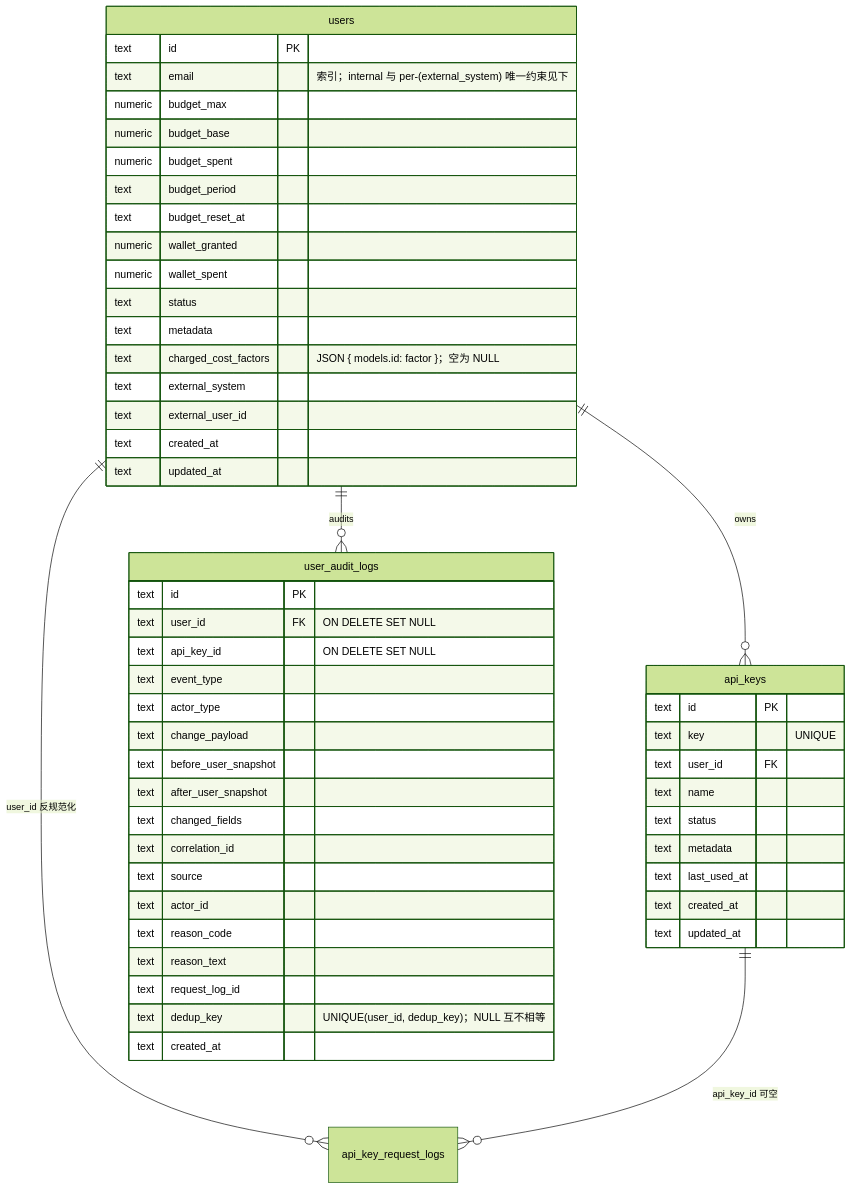
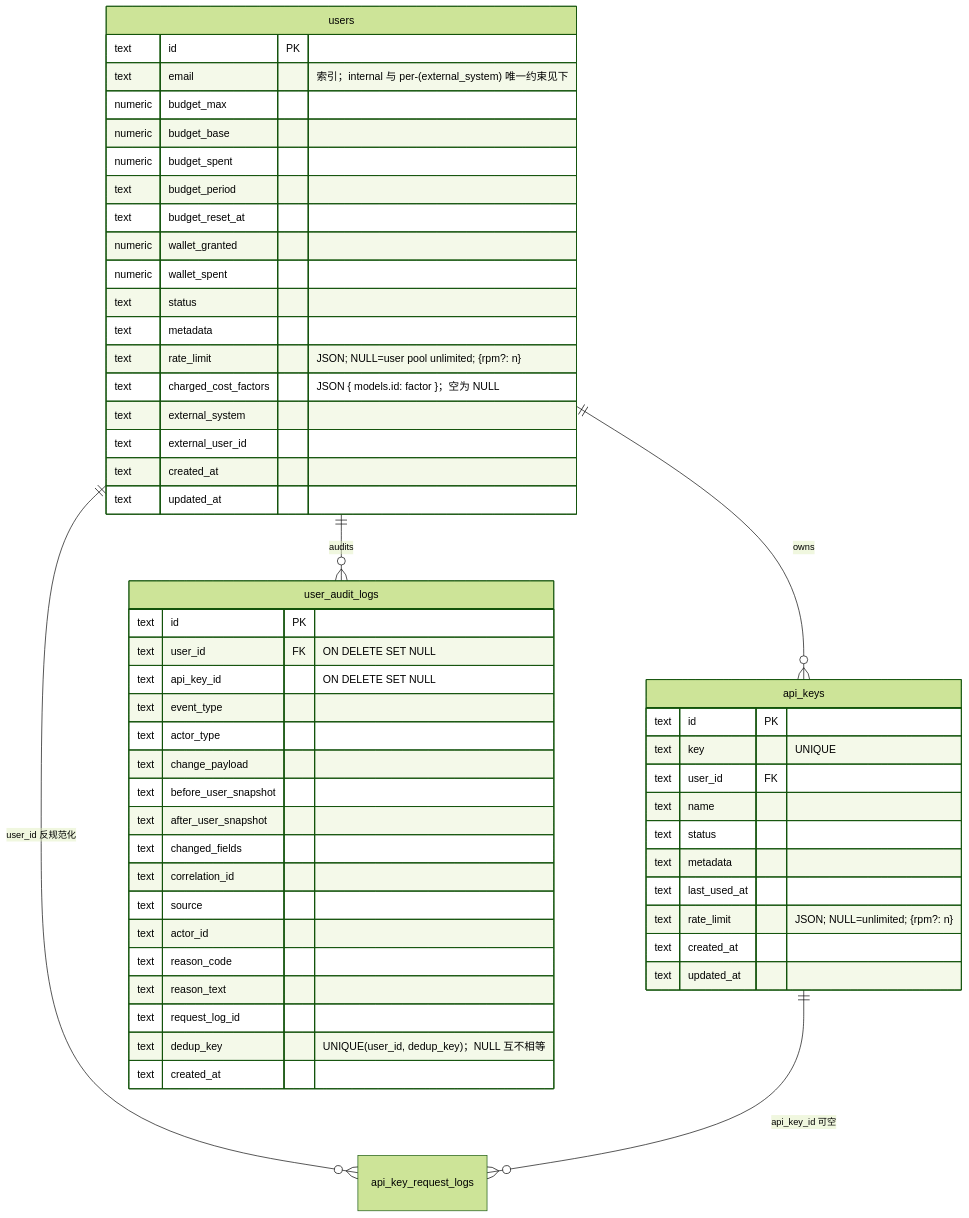
One commit to OctaFuse/octafuse-gateway changed the diagram in docs/developers/architecture/user-keys-data-model.md. Above: the diagram before and after it, drawn with Mermaid (forest theme). The commit also changed other lines of this file and 67 other files, not shown here.

````diff
--- a/docs/developers/architecture/user-keys-data-model.md
+++ b/docs/developers/architecture/user-keys-data-model.md
@@ -7,58 +7,60 @@
 ```mermaid
 erDiagram
     users ||--o{ api_keys : owns
     users ||--o{ user_audit_logs : audits
     users ||--o{ api_key_request_logs : "user_id 反规范化"
     api_keys ||--o{ api_key_request_logs : "api_key_id 可空"
 
     users {
         text id PK
         text email "索引；internal 与 per-(external_system) 唯一约束见下"
         numeric budget_max
         numeric budget_base
         numeric budget_spent
         text budget_period
         text budget_reset_at
         numeric wallet_granted
         numeric wallet_spent
         text status
         text metadata
+        text rate_limit "JSON; NULL=user pool unlimited; {rpm?: n}"
         text charged_cost_factors "JSON { models.id: factor }；空为 NULL"
         text external_system
         text external_user_id
         text created_at
         text updated_at
     }
 
     api_keys {
         text id PK
         text key "UNIQUE"
         text user_id FK
         text name
         text status
         text metadata
         text last_used_at
+        text rate_limit "JSON; NULL=unlimited; {rpm?: n}"
         text created_at
         text updated_at
     }
 
     user_audit_logs {
         text id PK
         text user_id FK "ON DELETE SET NULL"
         text api_key_id "ON DELETE SET NULL"
         text event_type
         text actor_type
         text change_payload
         text before_user_snapshot
         text after_user_snapshot
         text changed_fields
         text correlation_id
         text source
         text actor_id
         text reason_code
         text reason_text
         text request_log_id
         text dedup_key "UNIQUE(user_id, dedup_key)；NULL 互不相等"
         text created_at
     }
 ```
````
